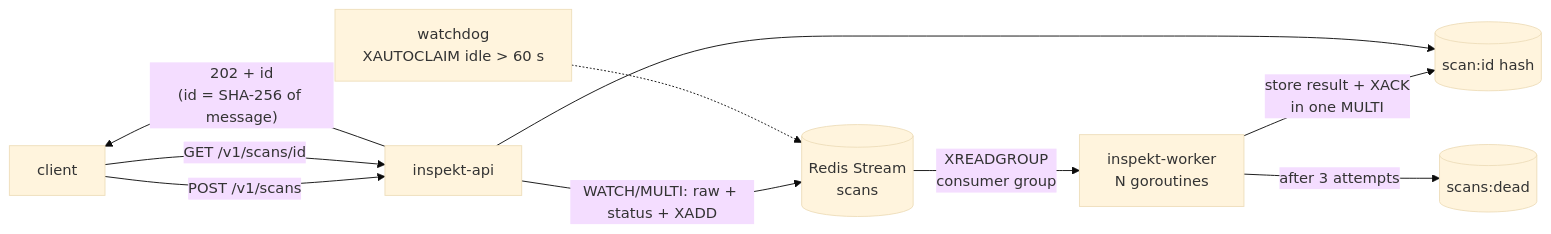
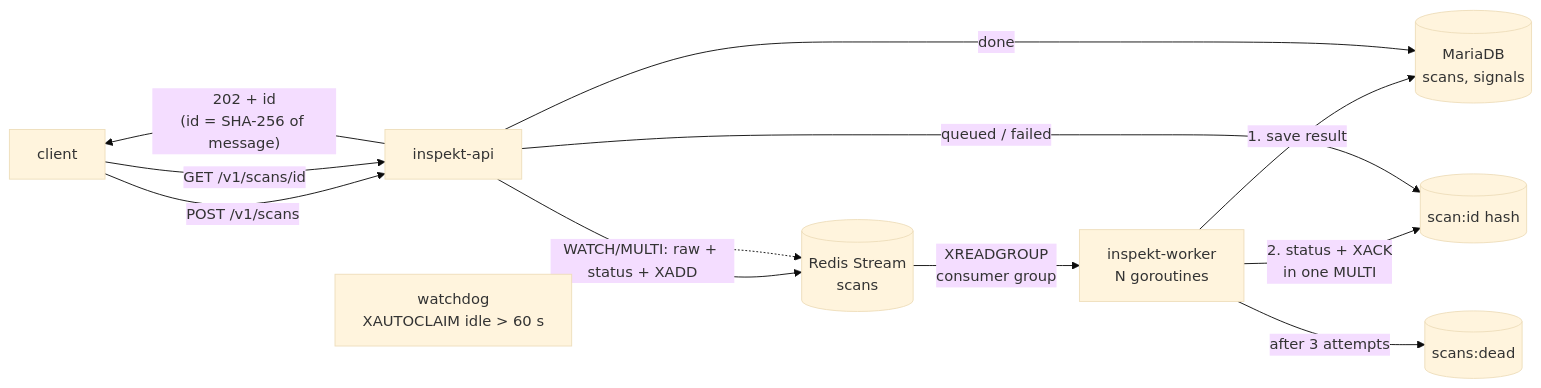
Before and after one commit to GligorcoGligorov/inspekt: the first of 2 diagrams in README.md, drawn with Mermaid (base theme). The commit also changed other lines of this file and 21 other files, not shown here.

First line of the commit message:
Persist scan results in MariaDB

````diff
--- a/README.md
+++ b/README.md
@@ -57,12 +69,14 @@
 ```mermaid
 flowchart LR
   C[client] -- "POST /v1/scans" --> API[inspekt-api]
   API -- "202 + id<br/>(id = SHA-256 of message)" --> C
   API -- "WATCH/MULTI: raw + status + XADD" --> S[(Redis Stream<br/>scans)]
   S -- "XREADGROUP<br/>consumer group" --> W[inspekt-worker<br/>N goroutines]
-  W -- "store result + XACK<br/>in one MULTI" --> H[(scan:id hash)]
+  W -- "1. save result" --> DB[(MariaDB<br/>scans, signals)]
+  W -- "2. status + XACK<br/>in one MULTI" --> H[(scan:id hash)]
   C -- "GET /v1/scans/id" --> API
-  API --> H
+  API -- "done" --> DB
+  API -- "queued / failed" --> H
   WD[watchdog<br/>XAUTOCLAIM idle > 60 s] -.-> S
   W -- "after 3 attempts" --> D[(scans:dead)]
 ```
````
